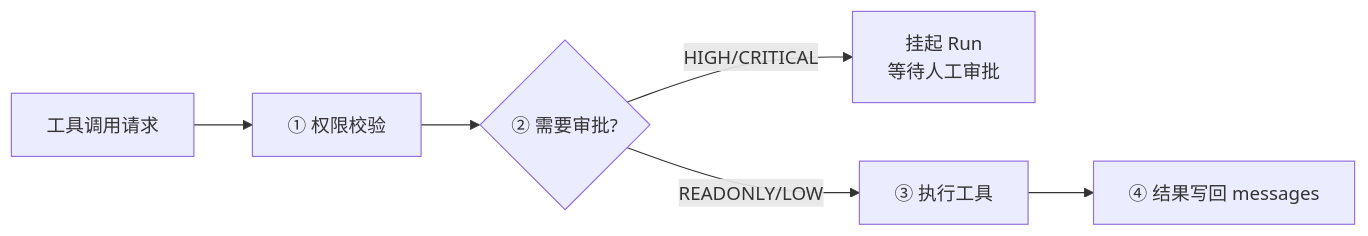
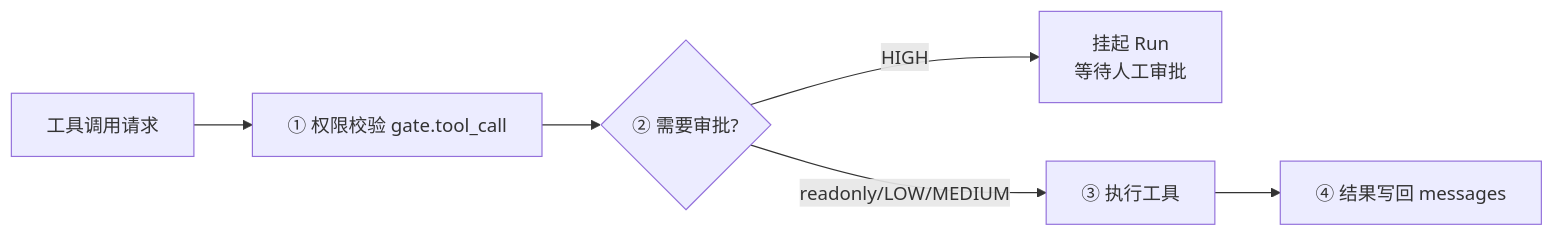
One commit to limenagent/prodagent changed the second of 2 diagrams in docs/tour/04-tools.md. Above: the diagram before and after it, drawn with Mermaid. The commit also changed other lines of this file and 28 other files, not shown here.

````diff
--- a/docs/tour/04-tools.md
+++ b/docs/tour/04-tools.md
@@ -188,8 +234,8 @@
 ```mermaid
 graph LR
-    CALL["工具调用请求"] --> AUTH["① 权限校验"]
+    CALL["工具调用请求"] --> AUTH["① 权限校验 gate.tool_call"]
     AUTH --> APPROVE{"② 需要审批?"}
-    APPROVE -->|HIGH/CRITICAL| SUSPEND["挂起 Run<br/>等待人工审批"]
-    APPROVE -->|READONLY/LOW| EXEC["③ 执行工具"]
+    APPROVE -->|HIGH| SUSPEND["挂起 Run<br/>等待人工审批"]
+    APPROVE -->|readonly/LOW/MEDIUM| EXEC["③ 执行工具"]
     EXEC --> RESULT["④ 结果写回 messages"]
 ```
````
